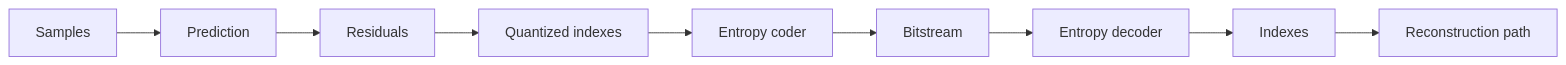
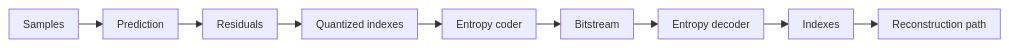
One commit to alessandro-vulcu-code/ICT2025 changed the fifth of 31 diagrams in First Year/Second Semester/Multimedia Communications/Summaries/Multimedia Communications - Complete Notes.md. Above: the diagram before and after it, drawn with Mermaid. The commit also changed other lines of this file and 582 other files, not shown here.

````diff
--- a/First Year/Second Semester/Multimedia Communications/Summaries/Multimedia Communications - Complete Notes.md
+++ b/First Year/Second Semester/Multimedia Communications/Summaries/Multimedia Communications - Complete Notes.md
@@ -1664,11 +1674,12 @@
 ```mermaid
+%%{init: {"flowchart": {"useMaxWidth": true, "htmlLabels": false, "nodeSpacing": 18, "rankSpacing": 28, "padding": 8}, "themeVariables": {"fontSize": "12px"}}}%%
 flowchart LR
-    A[Samples] --> B[Prediction]
-    B --> C[Residuals]
-    C --> D[Quantized indexes]
-    D --> E[Entropy coder]
-    E --> F[Bitstream]
-    F --> G[Entropy decoder]
-    G --> H[Indexes]
-    H --> I[Reconstruction path]
+    A["Samples"] --> B["Prediction"]
+    B --> C["Residuals"]
+    C --> D["Quantized indexes"]
+    D --> E["Entropy coder"]
+    E --> F["Bitstream"]
+    F --> G["Entropy decoder"]
+    G --> H["Indexes"]
+    H --> I["Reconstruction path"]
 ```
````
